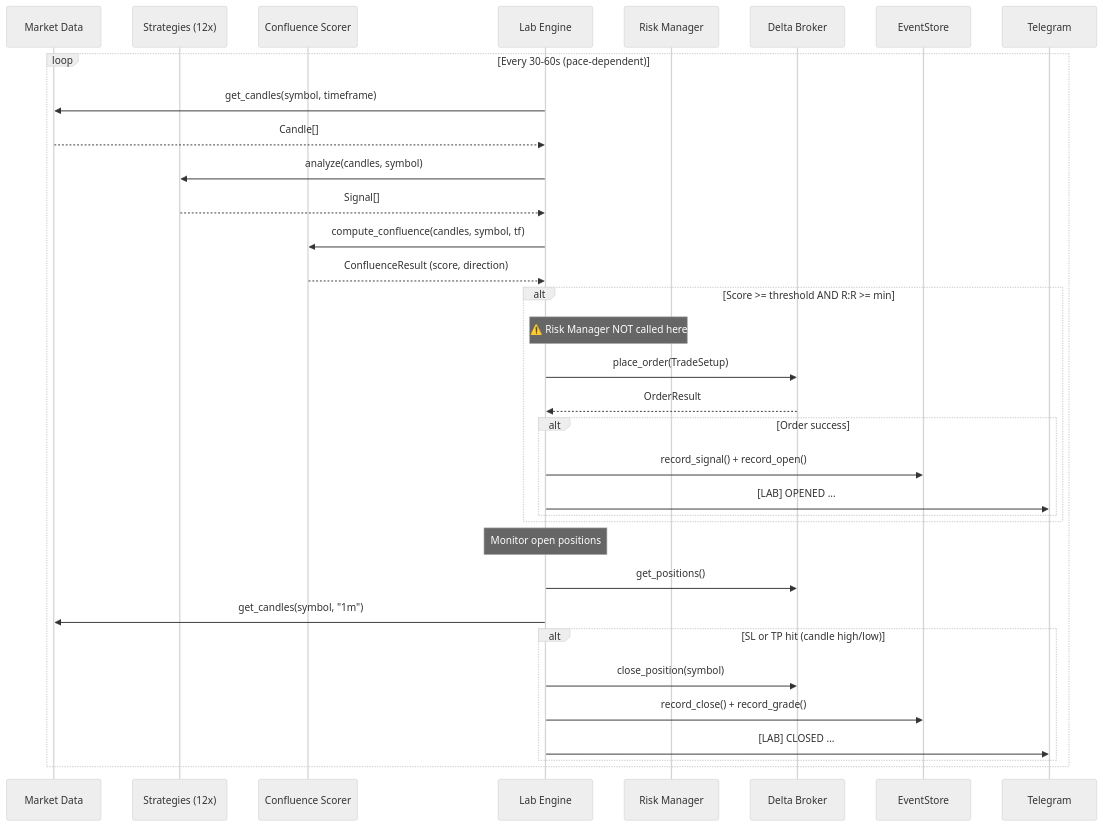
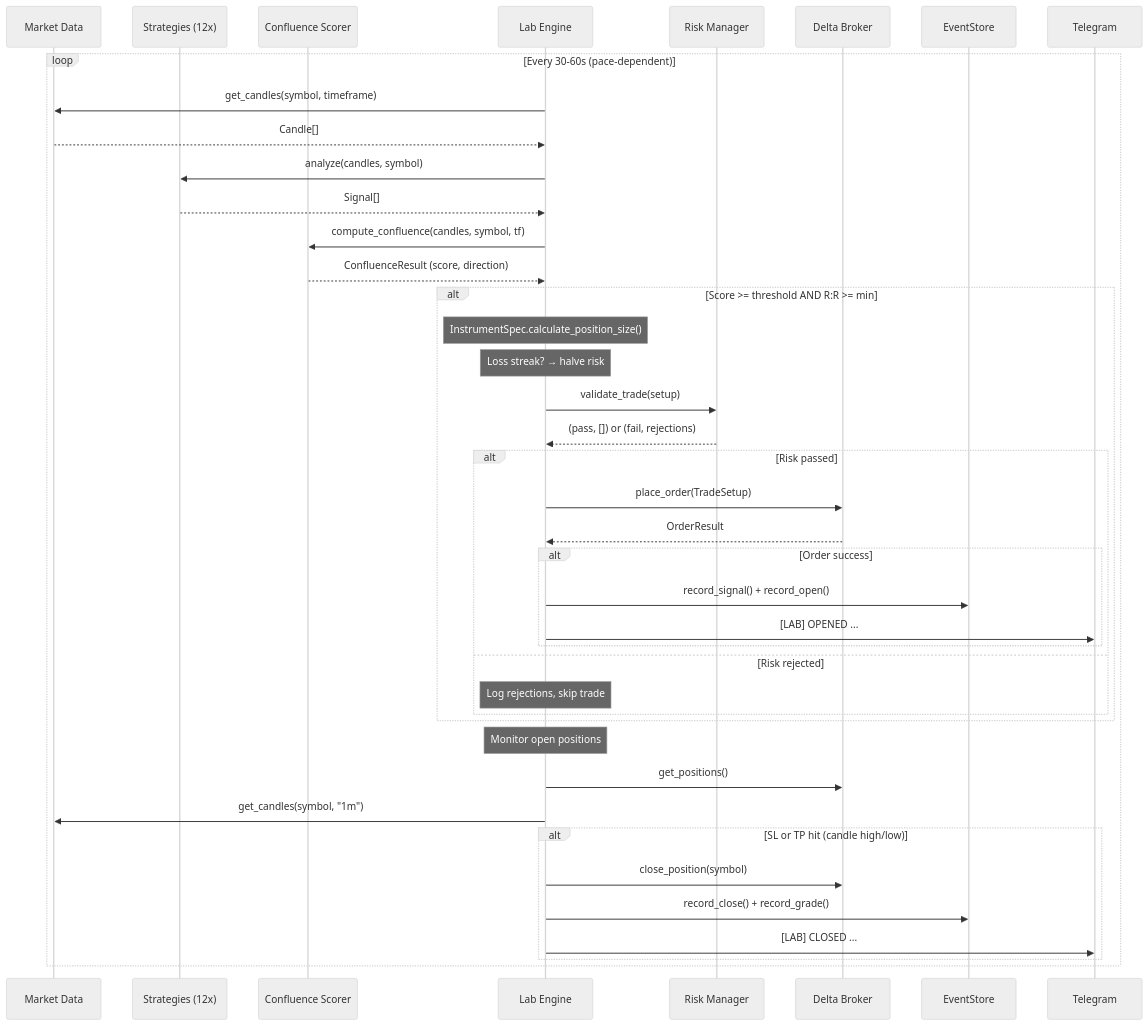
One commit to kapilll/notas_lave changed the second of 5 diagrams in docs/system/ARCHITECTURE.md. Above: the diagram before and after it, drawn with Mermaid (neutral theme). The commit also changed other lines of this file and 18 other files, not shown here.

````diff
--- a/docs/system/ARCHITECTURE.md
+++ b/docs/system/ARCHITECTURE.md
@@ -106,42 +108,50 @@
 ```mermaid
 sequenceDiagram
     participant MD as Market Data
     participant S as Strategies (12x)
     participant C as Confluence Scorer
     participant L as Lab Engine
     participant R as Risk Manager
     participant B as Delta Broker
     participant J as EventStore
     participant T as Telegram
 
     loop Every 30-60s (pace-dependent)
         L->>MD: get_candles(symbol, timeframe)
         MD-->>L: Candle[]
 
         L->>S: analyze(candles, symbol)
         S-->>L: Signal[]
 
         L->>C: compute_confluence(candles, symbol, tf)
         C-->>L: ConfluenceResult (score, direction)
 
         alt Score >= threshold AND R:R >= min
-            Note over L,R: ⚠️ Risk Manager NOT called here
-            L->>B: place_order(TradeSetup)
-            B-->>L: OrderResult
+            Note over L: InstrumentSpec.calculate_position_size()
+            Note over L: Loss streak? → halve risk
+            L->>R: validate_trade(setup)
+            R-->>L: (pass, []) or (fail, rejections)
 
-            alt Order success
-                L->>J: record_signal() + record_open()
-                L->>T: [LAB] OPENED ...
+            alt Risk passed
+                L->>B: place_order(TradeSetup)
+                B-->>L: OrderResult
+
+                alt Order success
+                    L->>J: record_signal() + record_open()
+                    L->>T: [LAB] OPENED ...
+                end
+            else Risk rejected
+                Note over L: Log rejections, skip trade
             end
         end
 
         Note over L: Monitor open positions
         L->>B: get_positions()
         L->>MD: get_candles(symbol, "1m")
         alt SL or TP hit (candle high/low)
             L->>B: close_position(symbol)
             L->>J: record_close() + record_grade()
             L->>T: [LAB] CLOSED ...
         end
     end
 ```
````
